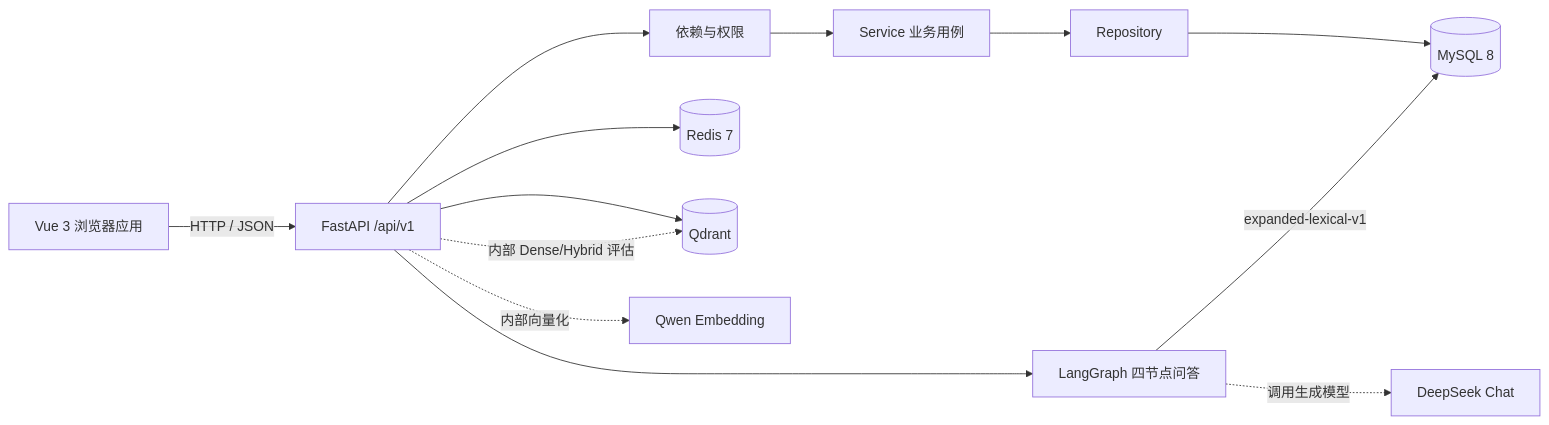
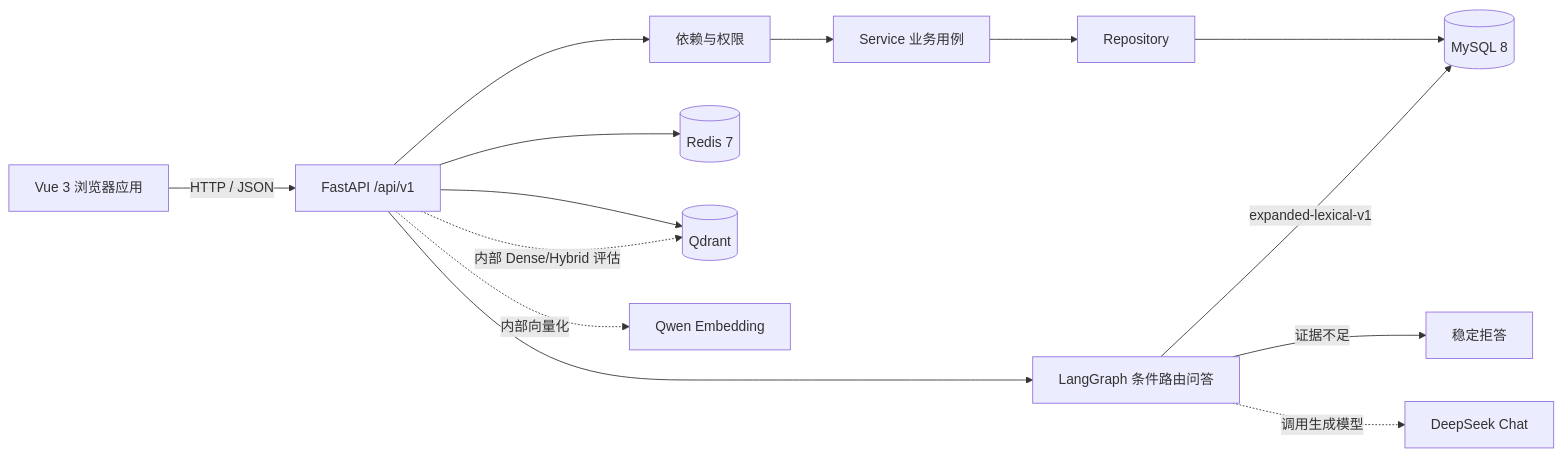
One commit to zjy-yuan/poem-rag changed the first of 2 diagrams in docs/PROJECT_GUIDE.md. Above: the diagram before and after it, drawn with Mermaid. The commit also changed other lines of this file and 15 other files, not shown here.

````diff
--- a/docs/PROJECT_GUIDE.md
+++ b/docs/PROJECT_GUIDE.md
@@ -41,15 +43,16 @@
 ```mermaid
 flowchart LR
     B[Vue 3 浏览器应用] -->|HTTP / JSON| A[FastAPI /api/v1]
     A --> D[依赖与权限]
     D --> S[Service 业务用例]
     S --> R[Repository]
     R --> M[(MySQL 8)]
     A --> C[(Redis 7)]
     A --> Q[(Qdrant)]
-    A --> G[LangGraph 四节点问答]
+    A --> G[LangGraph 条件路由问答]
     G -->|expanded-lexical-v1| M
+    G -->|证据不足| X[稳定拒答]
     G -. 调用生成模型 .-> P[DeepSeek Chat]
     A -. 内部 Dense/Hybrid 评估 .-> Q
     A -. 内部向量化 .-> E[Qwen Embedding]
 ```
````
